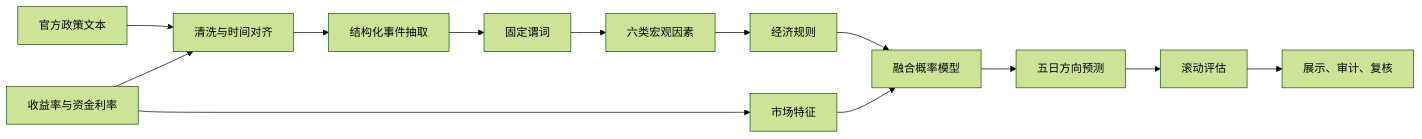
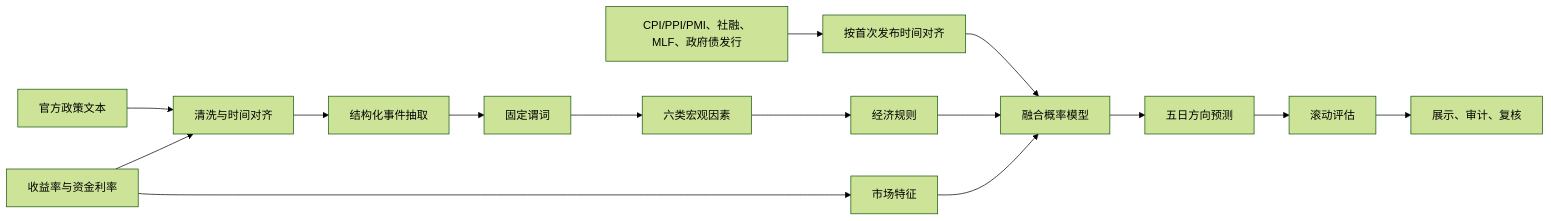
One commit to chiiiiiiing/Gonghangbei changed the diagram in docs/02_技术方案与因素字典.md. Above: the diagram before and after it, drawn with Mermaid (forest theme). The commit also changed other lines of this file and 32 other files, not shown here.

````diff
--- a/docs/02_技术方案与因素字典.md
+++ b/docs/02_技术方案与因素字典.md
@@ -9,15 +9,17 @@
 ```mermaid
 flowchart LR
     A[官方政策文本] --> C[清洗与时间对齐]
     B[收益率与资金利率] --> C
+    S[CPI/PPI/PMI、社融、MLF、政府债发行] --> T[按首次发布时间对齐]
     C --> D[结构化事件抽取]
     D --> E[固定谓词]
     E --> F[六类宏观因素]
     F --> G[经济规则]
     B --> H[市场特征]
+    T --> I
     G --> I[融合概率模型]
     H --> I
     I --> J[五日方向预测]
     J --> K[滚动评估]
     K --> L[展示、审计、复核]
 ```
````
